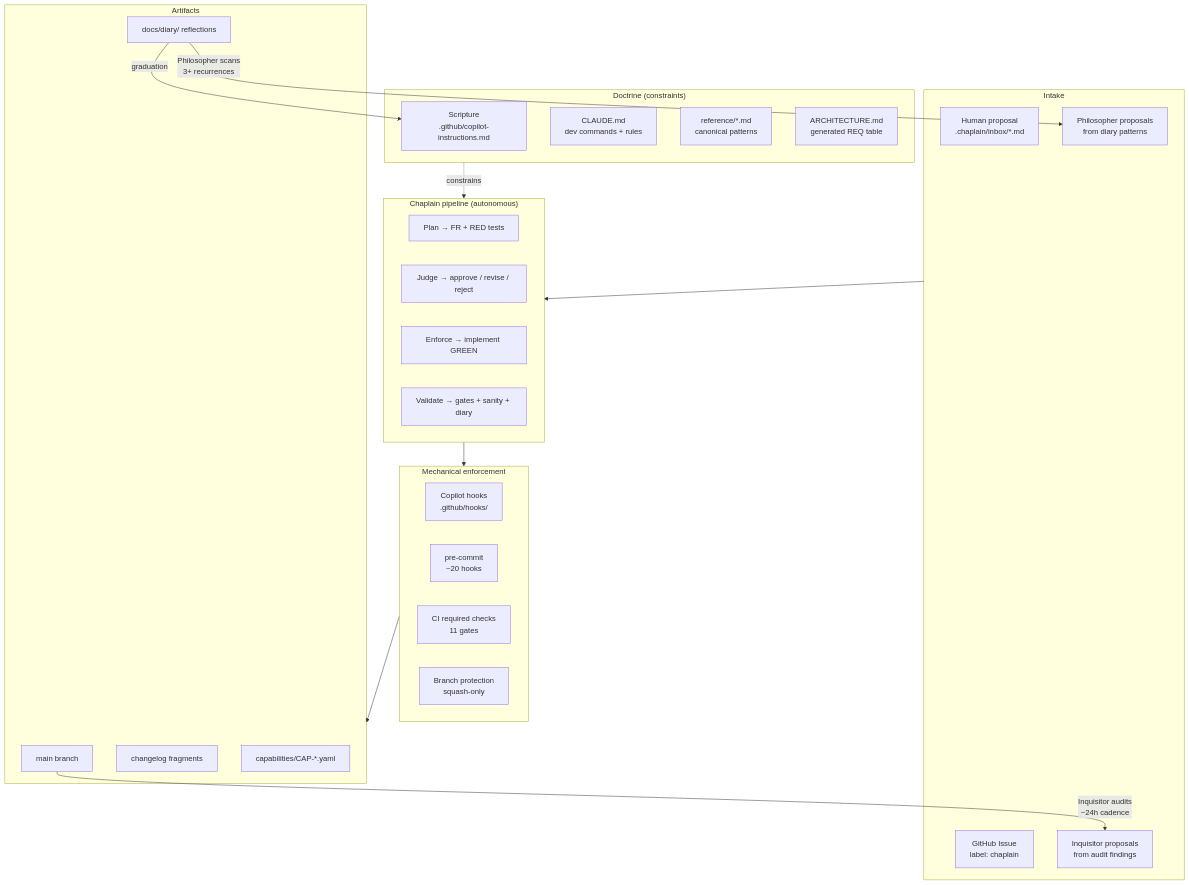
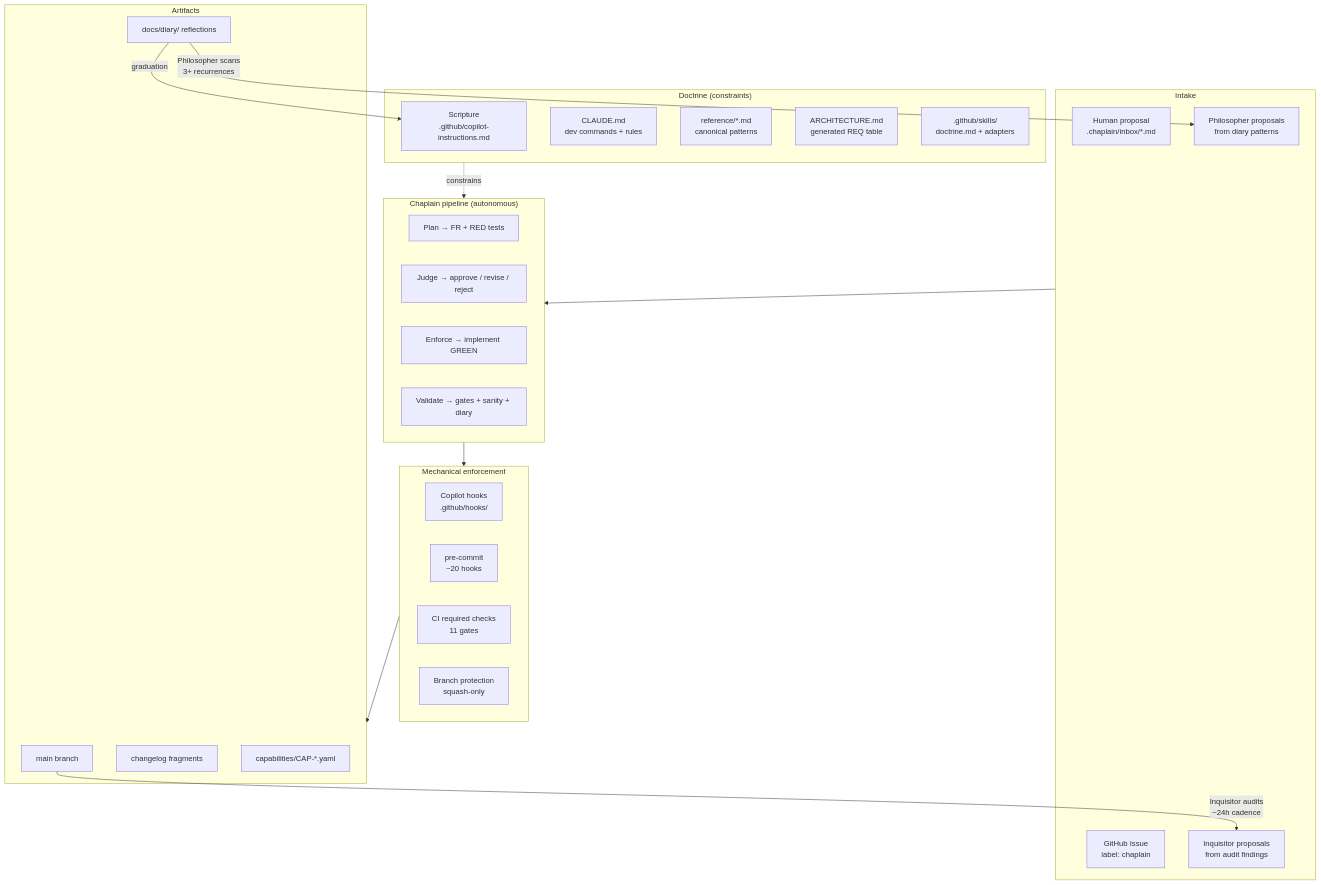
Before and after one commit to sheikkinen/yamlgraph: the first of 5 diagrams in docs/development-process.md, drawn with Mermaid. The commit also changed other lines of this file and 3 other files, not shown here.

````diff
--- a/docs/development-process.md
+++ b/docs/development-process.md
@@ -21,45 +21,46 @@
 ```mermaid
 flowchart TB
     subgraph INTAKE["Intake"]
         H[Human proposal<br/>.chaplain/inbox/*.md]
         GH[GitHub Issue<br/>label: chaplain]
         PH[Philosopher proposals<br/>from diary patterns]
         IQ[Inquisitor proposals<br/>from audit findings]
     end
 
     subgraph DOCTRINE["Doctrine (constraints)"]
         S[Scripture<br/>.github/copilot-instructions.md]
         C[CLAUDE.md<br/>dev commands + rules]
         R[reference/*.md<br/>canonical patterns]
         A[ARCHITECTURE.md<br/>generated REQ table]
+        SK[.github/skills/<br/>doctrine.md + adapters]
     end
 
     subgraph PIPELINE["Chaplain pipeline (autonomous)"]
         P[Plan → FR + RED tests]
         J[Judge → approve / revise / reject]
         E[Enforce → implement GREEN]
         V[Validate → gates + sanity + diary]
     end
 
     subgraph GATES["Mechanical enforcement"]
         HK[Copilot hooks<br/>.github/hooks/]
         PC[pre-commit<br/>~20 hooks]
         CI[CI required checks<br/>11 gates]
         BP[Branch protection<br/>squash-only]
     end
 
     subgraph OUTPUT["Artifacts"]
         M[main branch]
         CL[changelog fragments]
         D[docs/diary/ reflections]
         CAP[capabilities/CAP-*.yaml]
     end
 
     INTAKE --> PIPELINE
     DOCTRINE -.constrains.-> PIPELINE
     PIPELINE --> GATES
     GATES --> OUTPUT
     D -->|Philosopher scans<br/>3+ recurrences| PH
     M -->|Inquisitor audits<br/>~24h cadence| IQ
     D -->|graduation| S
 ```
````
